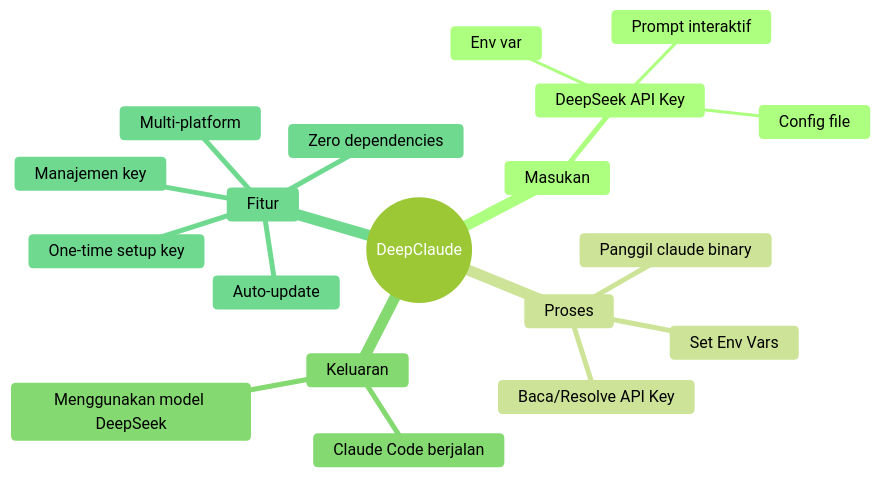
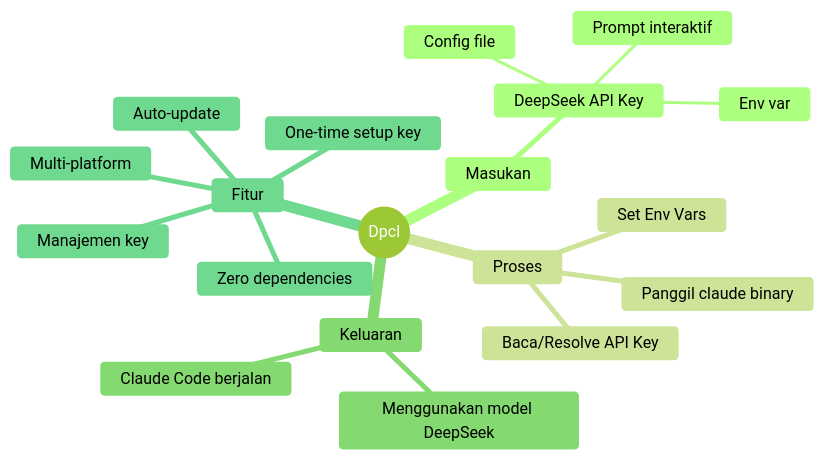
Before and after one commit to Muhira007/deepclaude-v2: the sixth of 6 diagrams in README.md, drawn with Mermaid (forest theme). The commit also changed other lines of this file and 13 other files, not shown here.

````diff
--- a/README.md
+++ b/README.md
@@ -549,22 +549,22 @@
 ```mermaid
 mindmap
-  root((DeepClaude))
+  root((Dpcl))
     Masukan
       DeepSeek API Key
         Config file
         Env var
         Prompt interaktif
     Proses
       Baca/Resolve API Key
       Set Env Vars
       Panggil claude binary
     Keluaran
       Claude Code berjalan
       Menggunakan model DeepSeek
     Fitur
       One-time setup key
       Manajemen key
       Auto-update
       Multi-platform
       Zero dependencies
 ```
````
